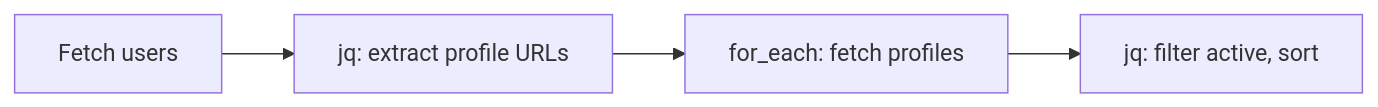
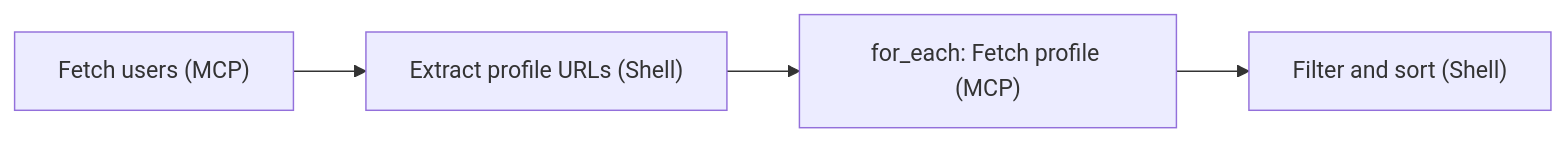
Before and after one commit to StacklokLabs/model-context-shell: the first of 2 diagrams in README.md, drawn with Mermaid. The commit also changed other lines of this file, not shown here.

````diff
--- a/README.md
+++ b/README.md
@@ -14,4 +14,4 @@
 ```mermaid
 flowchart LR
-    A[Fetch users] --> B[jq: extract profile URLs] --> C[for_each: fetch profiles] --> D[jq: filter active, sort]
+    A["Fetch users (MCP)"] --> B["Extract profile URLs (Shell)"] --> C["for_each: Fetch profile (MCP)"] --> D["Filter and sort (Shell)"]
 ```
````
